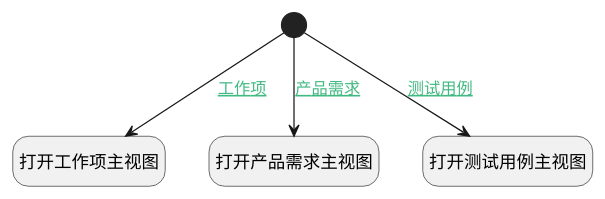
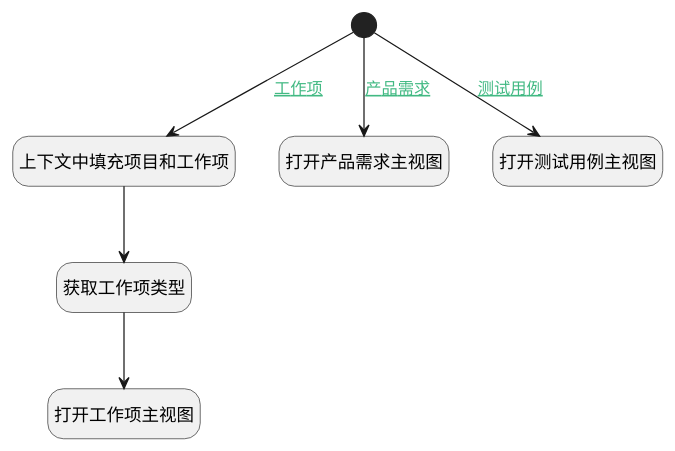
The diagram in doc/docsify/module/Base/workload/uilogic/open_main_view.md (iBizLab/plm), drawn with PlantUML before and after one commit. The commit also changed other lines of this file and 2688 other files, not shown here.

````diff
--- a/doc/docsify/module/Base/workload/uilogic/open_main_view.md
+++ b/doc/docsify/module/Base/workload/uilogic/open_main_view.md
@@ -7,23 +7,27 @@
 ```plantuml
 @startuml
 hide footbox
 <style>
 root {
   HyperlinkColor #42b983
 }
 </style>
 
 hide empty description
 state "开始" as Begin <<start>> [[$./open_main_view#begin {开始}]]
+state "上下文中填充项目和工作项" as PREPAREJSPARAM1  [[$./open_main_view#preparejsparam1 {上下文中填充项目和工作项}]]
+state "打开产品需求主视图" as DEUIACTION3  [[$./open_main_view#deuiaction3 {打开产品需求主视图}]]
+state "获取工作项类型" as DEACTION1  [[$./open_main_view#deaction1 {获取工作项类型}]]
+state "打开测试用例主视图" as DEUIACTION2  [[$./open_main_view#deuiaction2 {打开测试用例主视图}]]
 state "打开工作项主视图" as DEUIACTION1  [[$./open_main_view#deuiaction1 {打开工作项主视图}]]
-state "打开产品需求主视图" as DEUIACTION3  [[$./open_main_view#deuiaction3 {打开产品需求主视图}]]
-state "打开测试用例主视图" as DEUIACTION2  [[$./open_main_view#deuiaction2 {打开测试用例主视图}]]
 
 
-Begin --> DEUIACTION1 : [[$./open_main_view#begin-deuiaction1{工作项} 工作项]]
+Begin --> PREPAREJSPARAM1 : [[$./open_main_view#begin-preparejsparam1{工作项} 工作项]]
+PREPAREJSPARAM1 --> DEACTION1
+DEACTION1 --> DEUIACTION1
 Begin --> DEUIACTION2 : [[$./open_main_view#begin-deuiaction2{测试用例} 测试用例]]
 Begin --> DEUIACTION3 : [[$./open_main_view#begin-deuiaction3{产品需求} 产品需求]]
 
 
 @enduml
 ```
````
